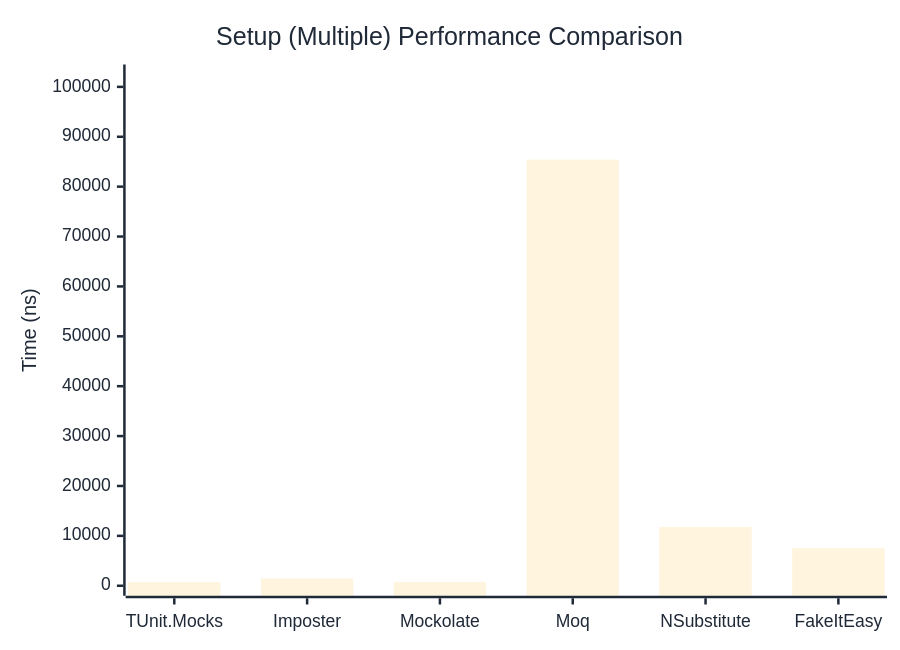
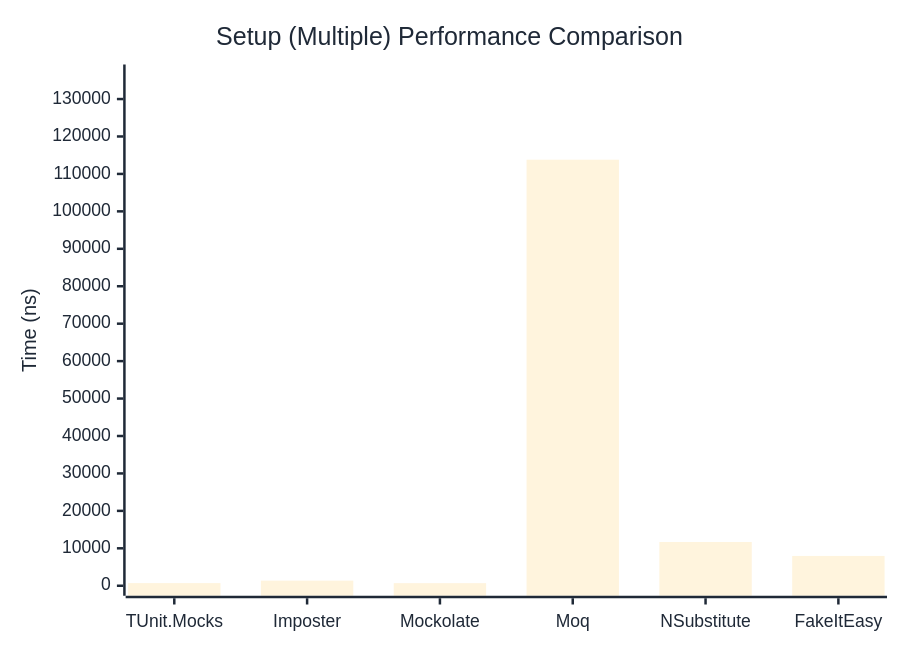
One commit to thomhurst/TUnit changed the second of 2 diagrams in docs/docs/benchmarks/mocks/Setup.md. Above: the diagram before and after it, drawn with Mermaid. The commit also changed other lines of this file and 14 other files, not shown here.

````diff
--- a/docs/docs/benchmarks/mocks/Setup.md
+++ b/docs/docs/benchmarks/mocks/Setup.md
@@ -69,27 +69,27 @@
 ```mermaid
 %%{init: {
   'theme':'base',
   'themeVariables': {
     'primaryColor': '#2563eb',
     'primaryTextColor': '#1f2937',
     'primaryBorderColor': '#1e40af',
     'lineColor': '#6b7280',
     'secondaryColor': '#7c3aed',
     'tertiaryColor': '#dc2626',
     'background': '#ffffff',
     'pie1': '#2563eb',
     'pie2': '#7c3aed',
     'pie3': '#dc2626',
     'pie4': '#f59e0b',
     'pie5': '#10b981',
     'pie6': '#06b6d4',
     'pie7': '#ec4899',
     'pie8': '#6366f1'
   }
 }}%%
 xychart-beta
   title "Setup (Multiple) Performance Comparison"
   x-axis ["TUnit.Mocks", "Imposter", "Mockolate", "Moq", "NSubstitute", "FakeItEasy"]
-  y-axis "Time (ns)" 0 --> 102480
-  bar [729.8, 1459.5, 747.2, 85399.6, 11781, 7540.6]
+  y-axis "Time (ns)" 0 --> 136556
+  bar [703.5, 1361.1, 689.2, 113795.9, 11689.7, 7961.4]
 ```
````
